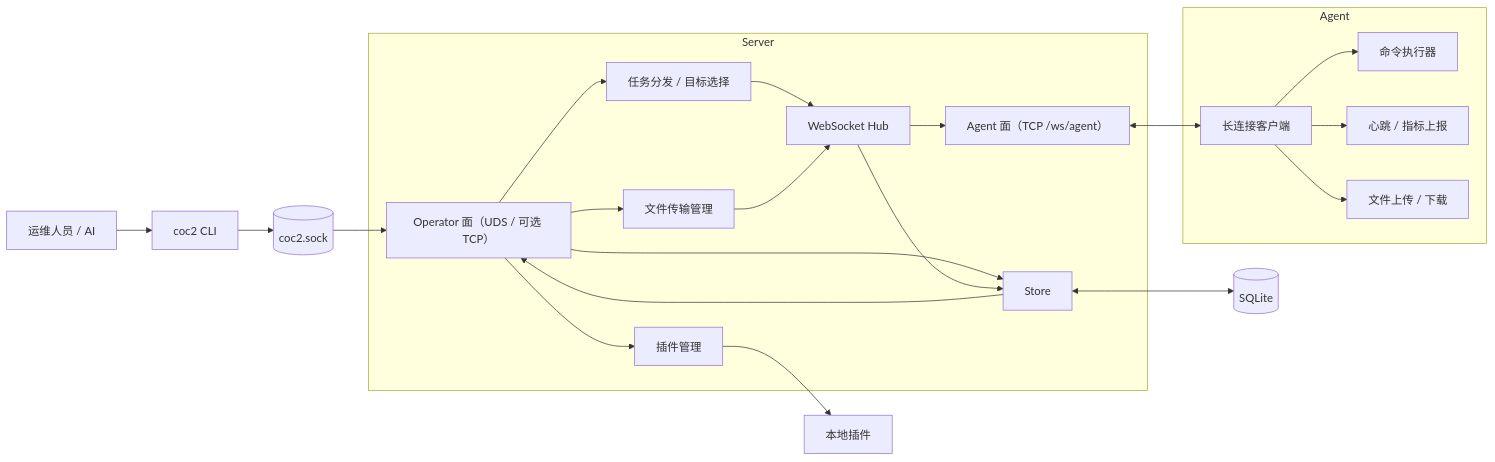
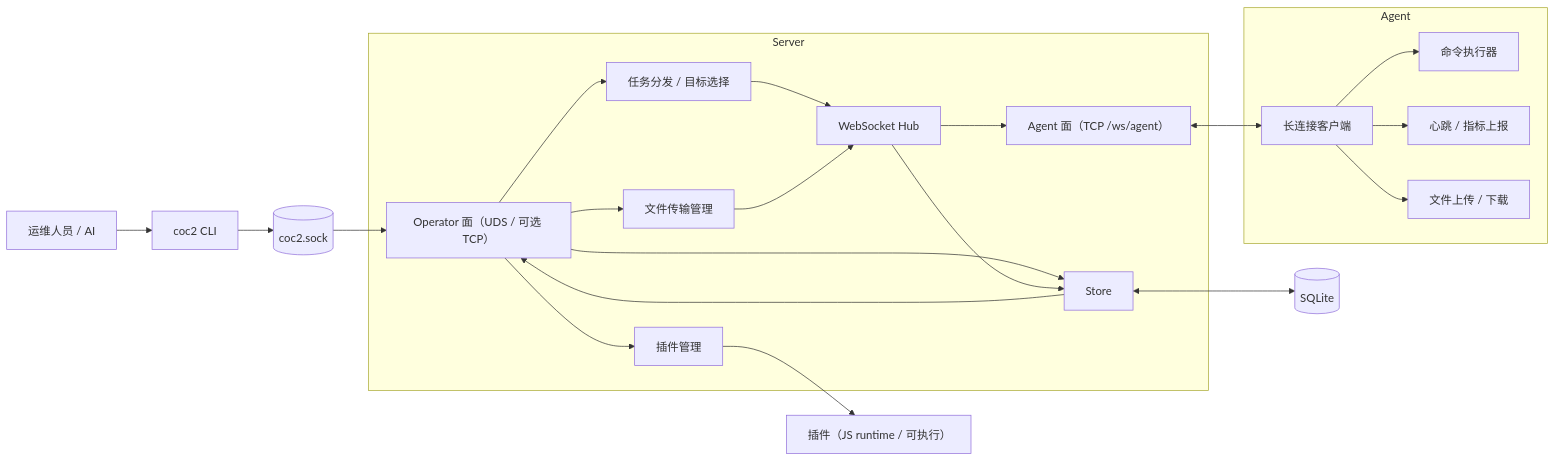
Before and after one commit to adfoke/coc2: the diagram in README.md, drawn with Mermaid. The commit also changed other lines of this file and 3 other files, not shown here.

````diff
--- a/README.md
+++ b/README.md
@@ -63,45 +63,45 @@
 ```mermaid
 flowchart LR
     operator["运维人员 / AI"]
     cli["coc2 CLI"]
 
     subgraph server["Server"]
         api["Operator 面（UDS / 可选 TCP）"]
         agentplane["Agent 面（TCP /ws/agent）"]
         hub["WebSocket Hub"]
         dispatch["任务分发 / 目标选择"]
         transfer["文件传输管理"]
         plugins["插件管理"]
         store["Store"]
     end
 
     subgraph agent_side["Agent"]
         conn["长连接客户端"]
         exec["命令执行器"]
         metrics["心跳 / 指标上报"]
         fileio["文件上传 / 下载"]
     end
 
     sock[("coc2.sock")]
     db[("SQLite")]
-    hook["本地插件"]
+    hook["插件（JS runtime / 可执行）"]
 
     operator --> cli
     cli --> sock
     sock --> api
     agentplane <--> conn
     api --> dispatch
     api --> transfer
     api --> store
     api --> plugins
     dispatch --> hub
     transfer --> hub
     hub --> agentplane
     conn --> exec
     conn --> metrics
     conn --> fileio
     hub --> store
     store <--> db
     plugins --> hook
     store --> api
 ```
````
